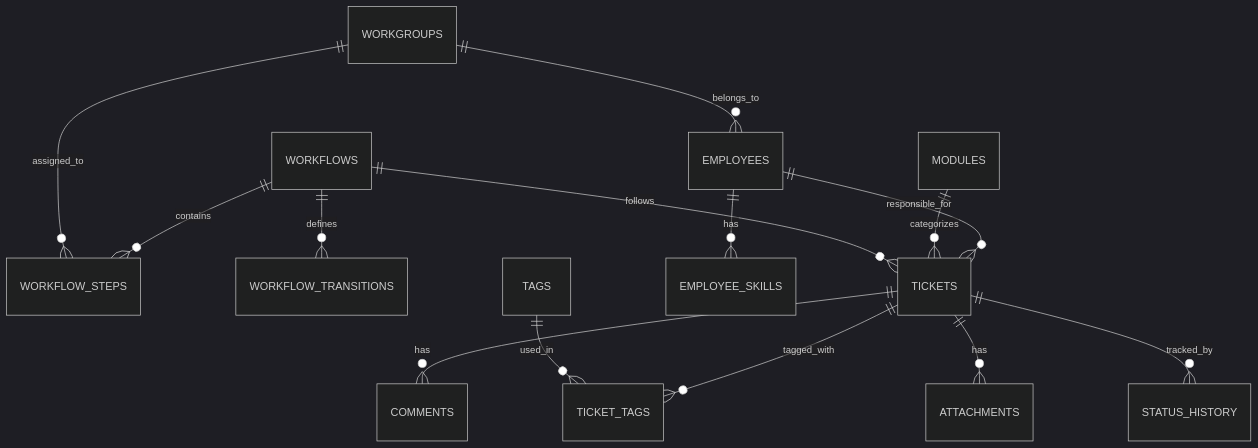
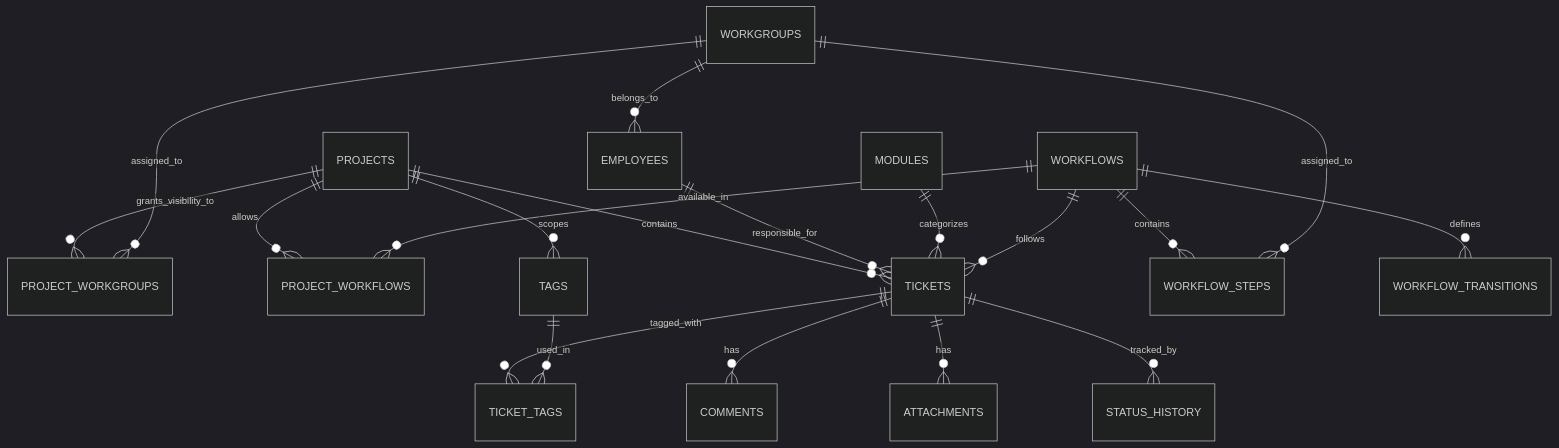
One commit to AbdullaAlmarzooq/liteboard changed the diagram in README.md. Above: the diagram before and after it, drawn with Mermaid (dark theme). The commit also changed other lines of this file and 16 other files, not shown here.

````diff
--- a/README.md
+++ b/README.md
@@ -131,16 +145,21 @@
 ```mermaid
 erDiagram
+    PROJECTS ||--o{ PROJECT_WORKGROUPS : grants_visibility_to
+    WORKGROUPS ||--o{ PROJECT_WORKGROUPS : assigned_to
+    PROJECTS ||--o{ PROJECT_WORKFLOWS : allows
+    WORKFLOWS ||--o{ PROJECT_WORKFLOWS : available_in
+    PROJECTS ||--o{ TICKETS : contains
+    PROJECTS ||--o{ TAGS : scopes
     WORKFLOWS ||--o{ WORKFLOW_STEPS : contains
     WORKFLOWS ||--o{ WORKFLOW_TRANSITIONS : defines
     WORKGROUPS ||--o{ EMPLOYEES : belongs_to
     WORKGROUPS ||--o{ WORKFLOW_STEPS : assigned_to
     EMPLOYEES ||--o{ TICKETS : responsible_for
-    EMPLOYEES ||--o{ EMPLOYEE_SKILLS : has
     MODULES ||--o{ TICKETS : categorizes
     TICKETS ||--o{ TICKET_TAGS : tagged_with
     TICKETS ||--o{ COMMENTS : has
     TICKETS ||--o{ ATTACHMENTS : has
     TICKETS ||--o{ STATUS_HISTORY : tracked_by
     TAGS ||--o{ TICKET_TAGS : used_in
     WORKFLOWS ||--o{ TICKETS : follows
 ```
````
